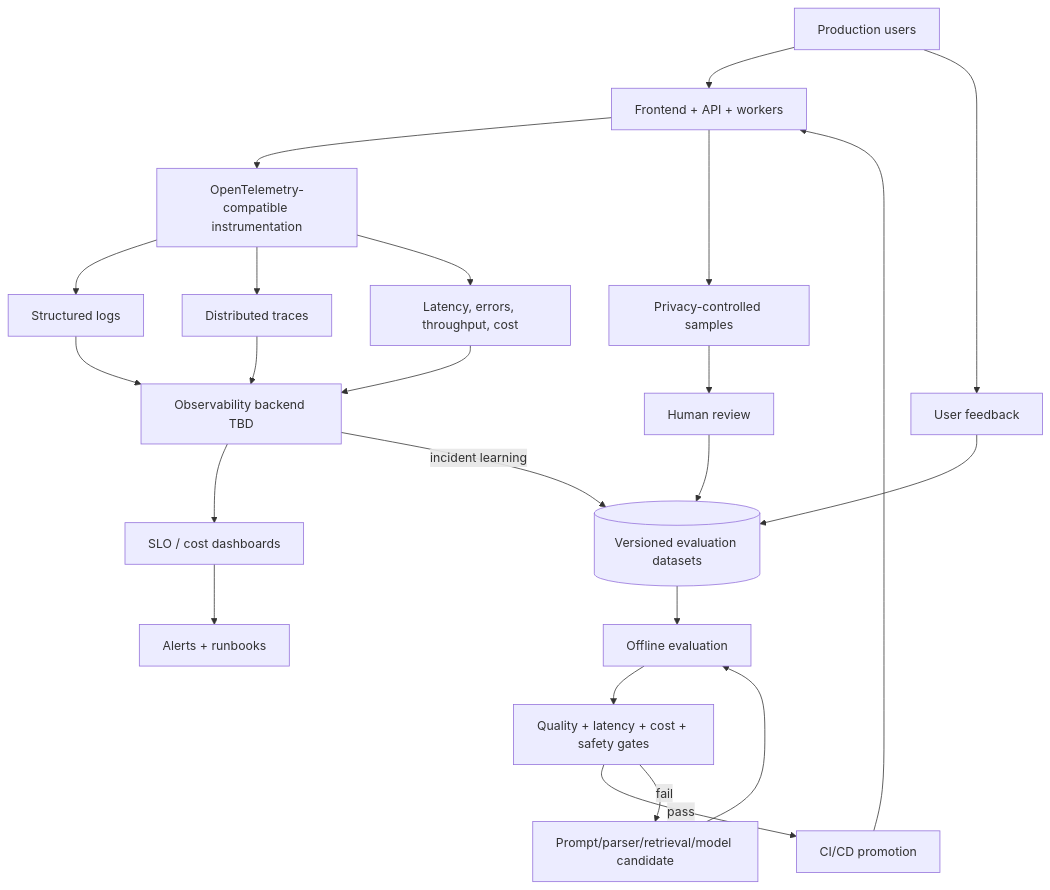
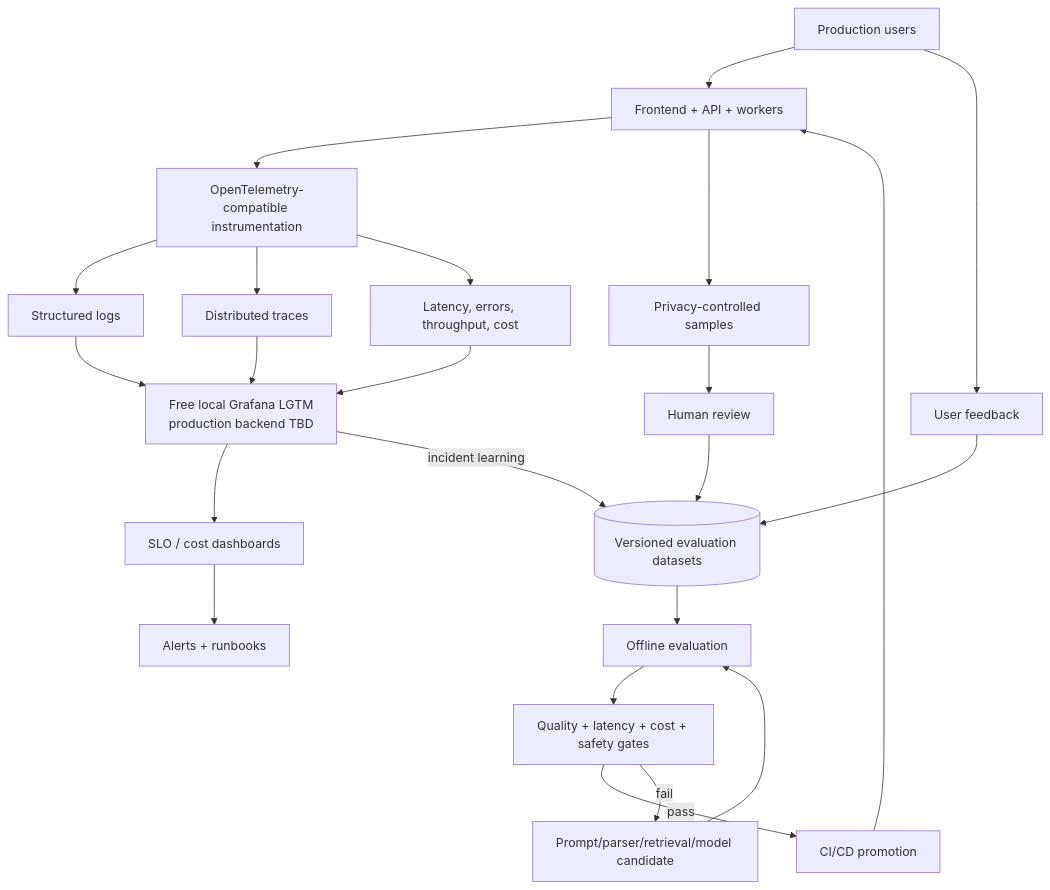
One commit to mvyas412/ai-projects changed the ninth of 11 diagrams in mm-rag-full-stack-genai-bootcamp-3.0/docs/architecture/ARCHITECTURE.md. Above: the diagram before and after it, drawn with Mermaid. The commit also changed other lines of this file and 73 other files, not shown here.

````diff
--- a/mm-rag-full-stack-genai-bootcamp-3.0/docs/architecture/ARCHITECTURE.md
+++ b/mm-rag-full-stack-genai-bootcamp-3.0/docs/architecture/ARCHITECTURE.md
@@ -622,25 +615,25 @@
 ```mermaid
 flowchart TB
     users["Production users"] --> app["Frontend + API + workers"]
     app --> telemetry["OpenTelemetry-compatible instrumentation"]
     telemetry --> logs["Structured logs"]
     telemetry --> traces["Distributed traces"]
     telemetry --> metrics["Latency, errors, throughput, cost"]
-    logs --> backend["Observability backend TBD"]
+    logs --> backend["Free local Grafana LGTM<br/>production backend TBD"]
     traces --> backend
     metrics --> backend
     backend --> dashboards["SLO / cost dashboards"]
     dashboards --> alerts["Alerts + runbooks"]
     users --> feedback["User feedback"]
     app --> samples["Privacy-controlled samples"]
     feedback --> evals[("Versioned evaluation datasets")]
     samples --> review["Human review"]
     review --> evals
     candidate["Prompt/parser/retrieval/model candidate"] --> offline["Offline evaluation"]
     evals --> offline
     offline --> gates["Quality + latency + cost + safety gates"]
     gates -->|"pass"| cicd["CI/CD promotion"]
     gates -->|"fail"| candidate
     cicd --> app
     backend -->|"incident learning"| evals
 ```
````
